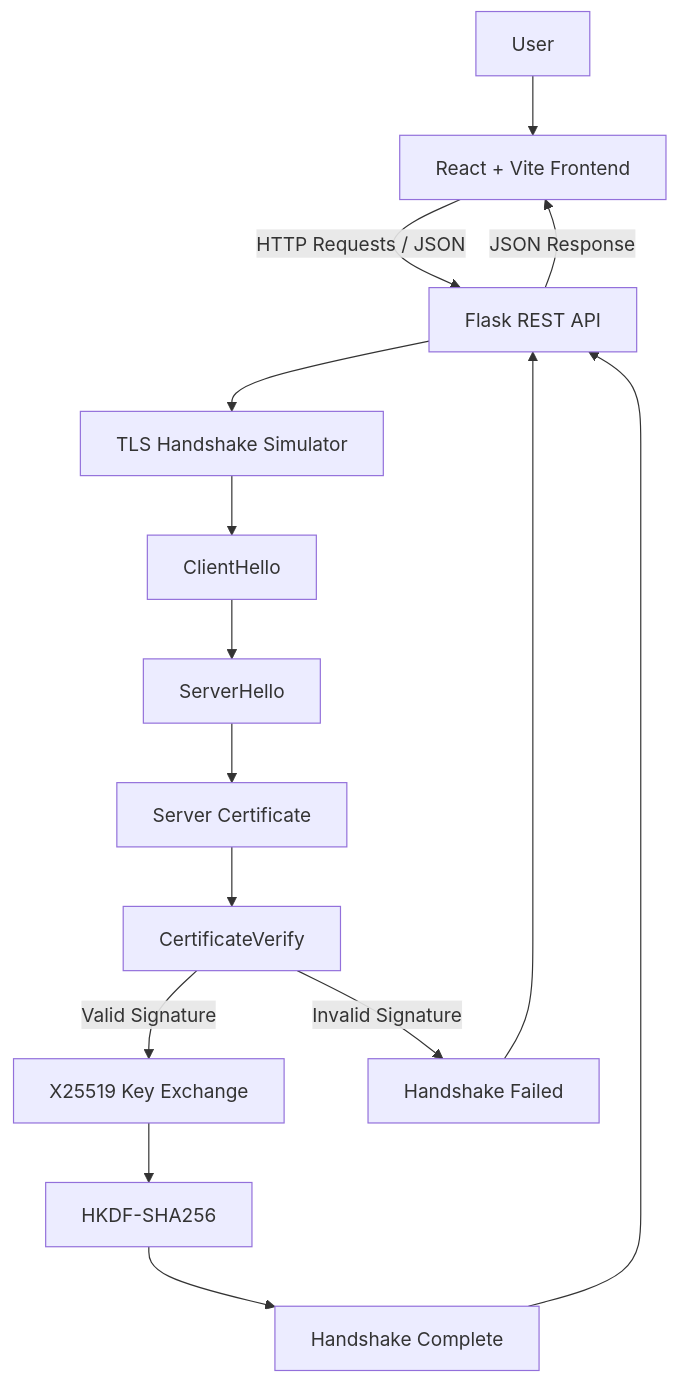
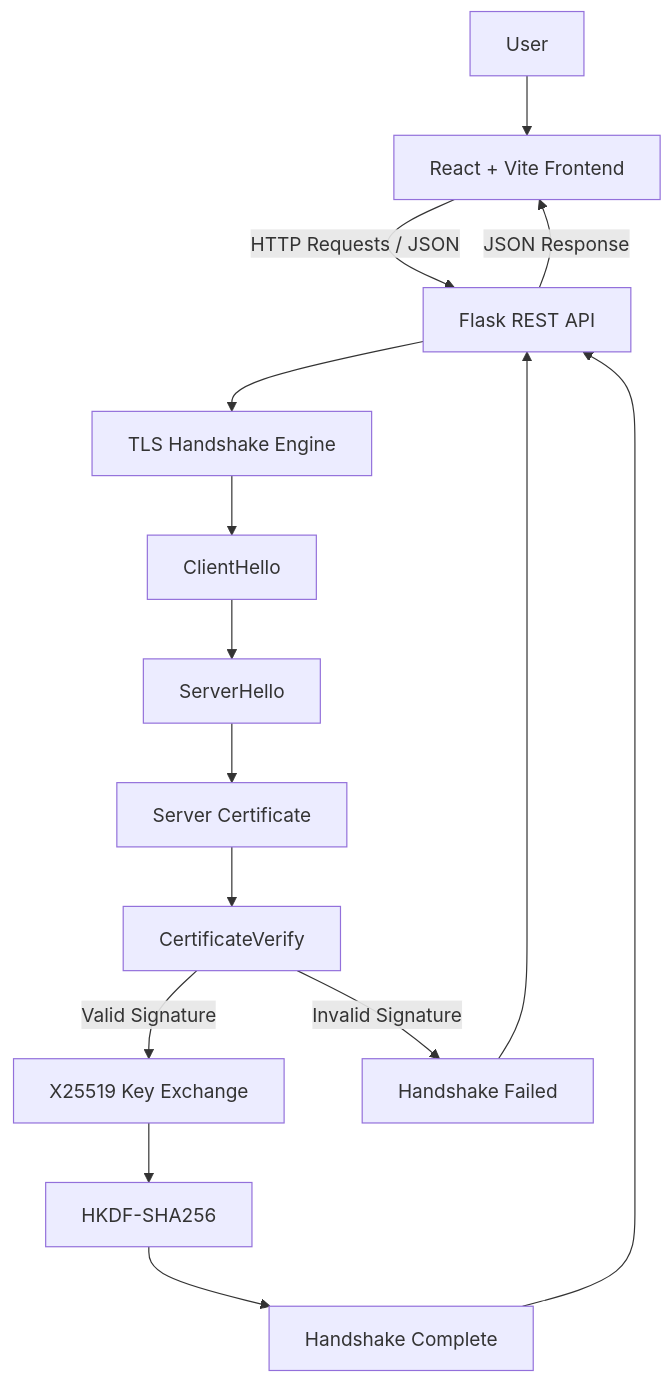
Before and after one commit to ApoorvaPoojary8/CryptLink: the diagram in README.md, drawn with Mermaid. The commit also changed other lines of this file, not shown here.

````diff
--- a/README.md
+++ b/README.md
@@ -25,17 +25,17 @@
 ```mermaid
 flowchart TD
     A[User] --> B[React + Vite Frontend]
     B -->|HTTP Requests / JSON| C[Flask REST API]
-    C --> D[TLS Handshake Simulator]
+    C --> D[TLS Handshake Engine]
     D --> E[ClientHello]
     E --> F[ServerHello]
     F --> G[Server Certificate]
     G --> H[CertificateVerify]
     H -->|Valid Signature| I[X25519 Key Exchange]
     H -->|Invalid Signature| J[Handshake Failed]
     I --> K[HKDF-SHA256]
     K --> L[Handshake Complete]
     J --> C
     L --> C
     C -->|JSON Response| B
 ```
````
